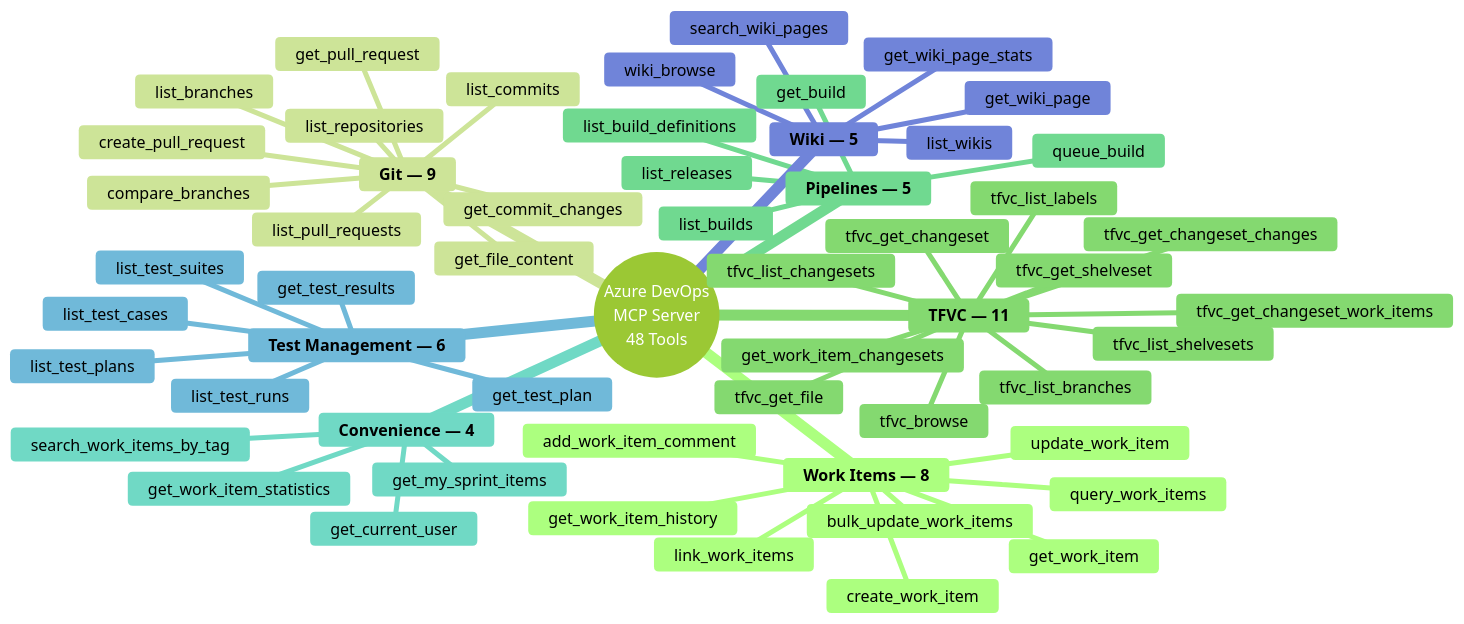
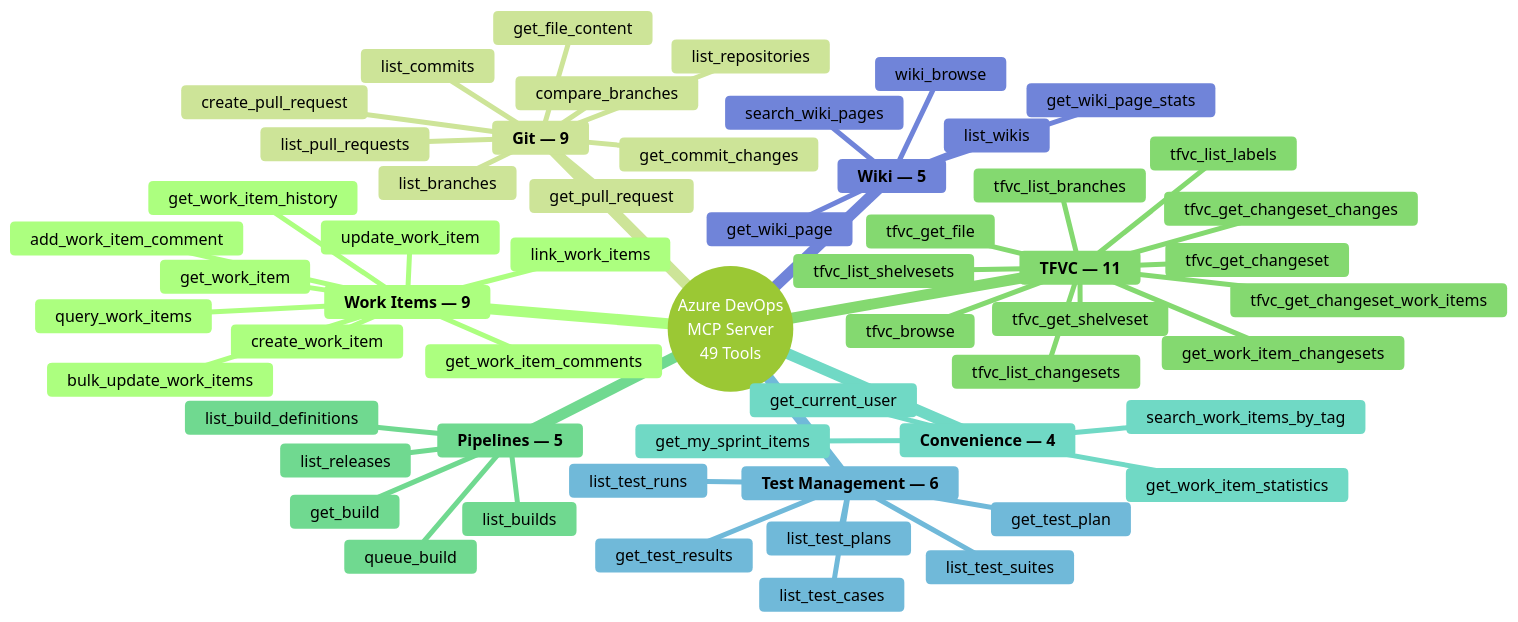
The third of 3 diagrams in README.md (burcusipahioglu/azure-devops-mcp-onprem), drawn with Mermaid (forest theme) before and after one commit. The commit also changed other lines of this file and 1 other file, not shown here.

Commit message:
Add get_work_item_comments tool

````diff
--- a/README.md
+++ b/README.md
@@ -123,59 +123,60 @@
 ```mermaid
 mindmap
-  root((Azure DevOps<br/>MCP Server<br/>48 Tools))
-    **Work Items — 8**
+  root((Azure DevOps<br/>MCP Server<br/>49 Tools))
+    **Work Items — 9**
       query_work_items
       get_work_item
       create_work_item
       update_work_item
+      get_work_item_comments
       add_work_item_comment
       link_work_items
       get_work_item_history
       bulk_update_work_items
     **Git — 9**
       list_repositories
       list_branches
       get_file_content
       list_pull_requests
       get_pull_request
       create_pull_request
       list_commits
       get_commit_changes
       compare_branches
     **TFVC — 11**
       tfvc_browse
       tfvc_get_file
       tfvc_get_changeset
       tfvc_list_changesets
       tfvc_get_changeset_changes
       tfvc_get_changeset_work_items
       tfvc_list_branches
       tfvc_list_shelvesets
       tfvc_get_shelveset
       tfvc_list_labels
       get_work_item_changesets
     **Pipelines — 5**
       list_build_definitions
       queue_build
       get_build
       list_builds
       list_releases
     **Convenience — 4**
       get_my_sprint_items
       search_work_items_by_tag
       get_work_item_statistics
       get_current_user
     **Test Management — 6**
       list_test_plans
       get_test_plan
       list_test_suites
       list_test_cases
       list_test_runs
       get_test_results
     **Wiki — 5**
       list_wikis
       get_wiki_page
       wiki_browse
       get_wiki_page_stats
       search_wiki_pages
 ```
````
